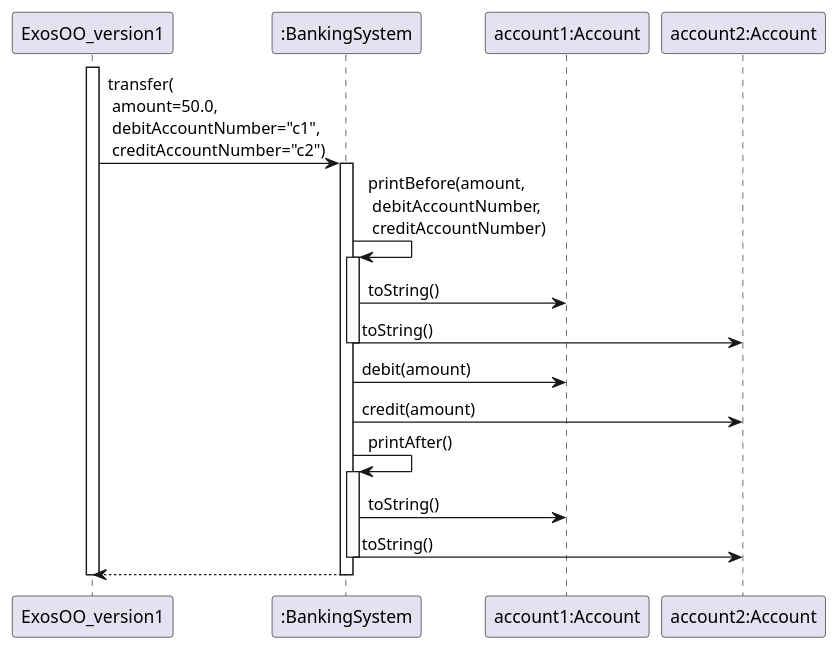
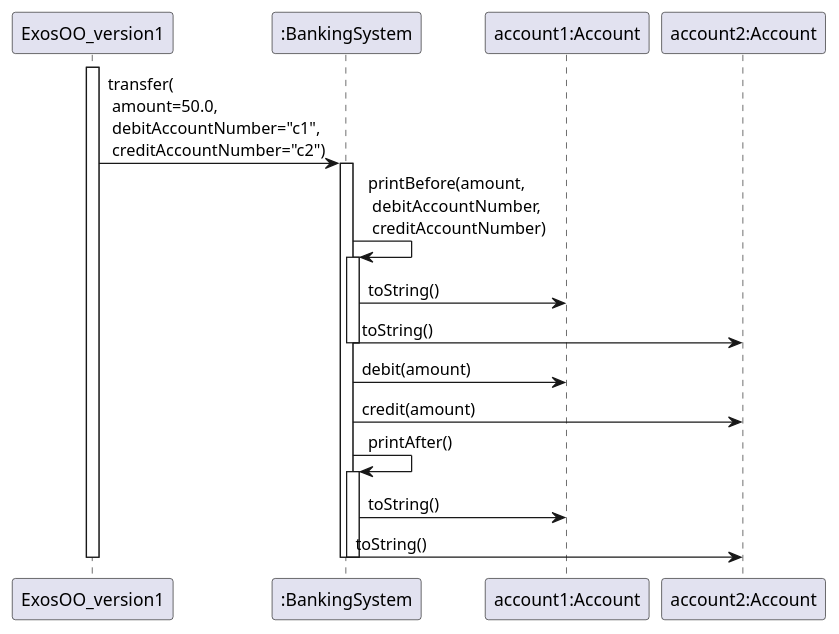
One commit to profesig/exosOO changed the diagram in IntroDiagrammes/uml/ExosOO_version2_sd.puml. Above: the diagram before and after it, drawn with PlantUML. The commit also changed 2 other files, not shown here.

Commit message:
simplifications diagrammes v2 & export PNG

```diff
--- a/IntroDiagrammes/uml/ExosOO_version2_sd.puml
+++ b/IntroDiagrammes/uml/ExosOO_version2_sd.puml
@@ -1,35 +1,34 @@
 @startuml
 participant Main as "ExosOO_version1"
 participant BankingSystem as ":BankingSystem"
 participant Account1 as "account1:Account"
 participant Account2 as "account2:Account"
 
 activate Main
 
 Main -> BankingSystem : transfer(\n amount=50.0, \n debitAccountNumber="c1",\n creditAccountNumber="c2")
 activate BankingSystem
 
 BankingSystem -> BankingSystem : printBefore(amount,\n debitAccountNumber,\n creditAccountNumber)
 activate BankingSystem
 BankingSystem -> Account1 : toString()
 BankingSystem -> Account2 : toString()
 deactivate BankingSystem
 
 BankingSystem -> Account1 : debit(amount)
 
 
 BankingSystem -> Account2 : credit(amount)
 
 
 BankingSystem -> BankingSystem : printAfter()
 activate BankingSystem
 BankingSystem -> Account1 : toString()
 BankingSystem -> Account2 : toString()
 deactivate BankingSystem
 
-BankingSystem --> Main
 deactivate BankingSystem
 
 deactivate Main
 
 @enduml
```
